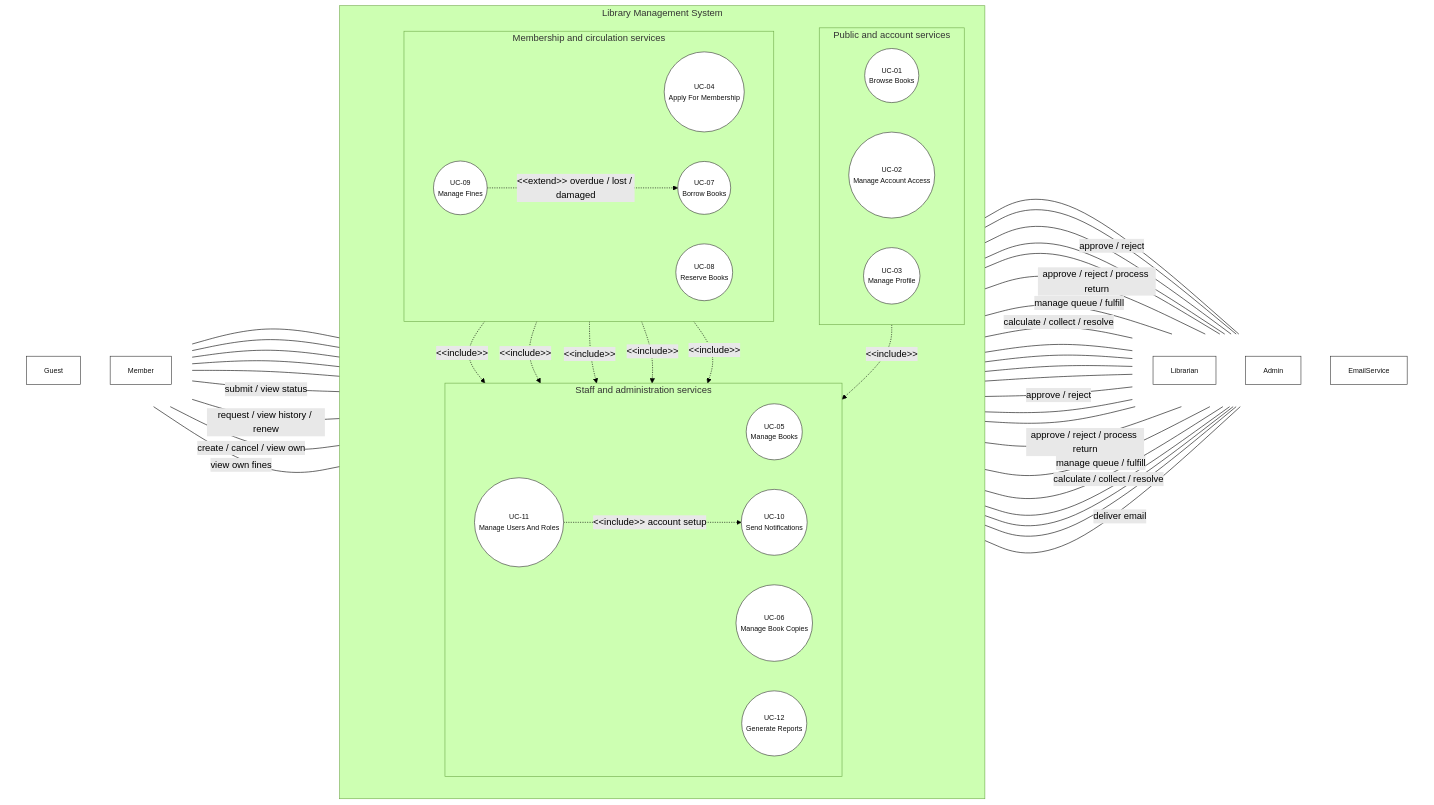
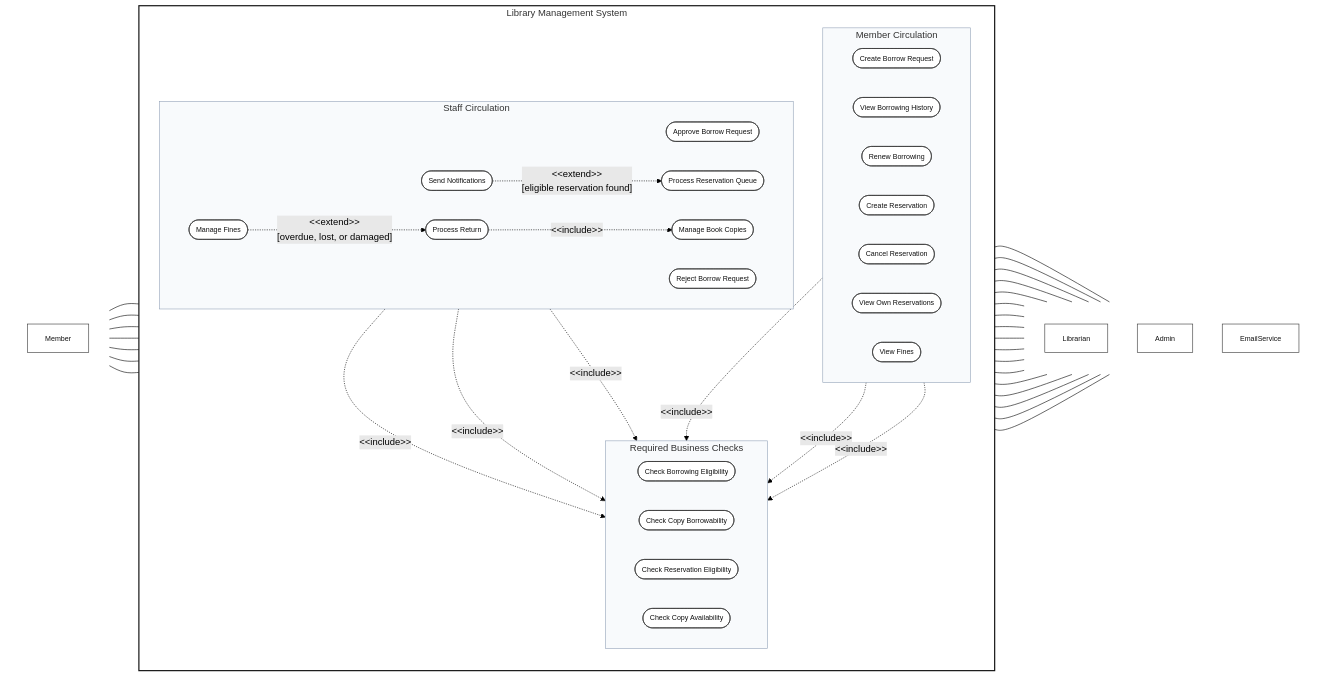
The third of 7 diagrams in document/RDS.md (SWP391-LibraryManagement/LibraryManagement), drawn with Mermaid (forest theme) before and after one commit. The commit also changed other lines of this file, not shown here.

Commit message:
re draw uc diagram

````diff
--- a/document/RDS.md
+++ b/document/RDS.md
@@ -123,34 +320,37 @@
 flowchart LR
   subgraph LeftActors[" "]
     direction TB
-    Guest[Guest]
     Member[Member]
   end
 
   subgraph LMS[Library Management System]
     direction TB
-    subgraph PublicAccount["Public and account services"]
+    subgraph MemberCirculation["Member Circulation"]
       direction LR
-      UC01(("UC-01<br/>Browse Books"))
-      UC02(("UC-02<br/>Manage Account Access"))
-      UC03(("UC-03<br/>Manage Profile"))
+      CreateBorrowRequest(["Create Borrow Request"])
+      ViewBorrowingHistory(["View Borrowing History"])
+      RenewBorrowing(["Renew Borrowing"])
+      CreateReservation(["Create Reservation"])
+      CancelReservation(["Cancel Reservation"])
+      ViewOwnReservations(["View Own Reservations"])
+      ViewFines(["View Fines"])
     end
-
-    subgraph MemberServices["Membership and circulation services"]
+    subgraph StaffCirculation["Staff Circulation"]
       direction LR
-      UC04(("UC-04<br/>Apply For Membership"))
-      UC07(("UC-07<br/>Borrow Books"))
-      UC08(("UC-08<br/>Reserve Books"))
-      UC09(("UC-09<br/>Manage Fines"))
+      ApproveBorrowRequest(["Approve Borrow Request"])
+      RejectBorrowRequest(["Reject Borrow Request"])
+      ProcessReturn(["Process Return"])
+      ProcessReservationQueue(["Process Reservation Queue"])
+      ManageFines(["Manage Fines"])
+      ManageBookCopies(["Manage Book Copies"])
+      SendNotifications(["Send Notifications"])
     end
-
-    subgraph StaffServices["Staff and administration services"]
+    subgraph RequiredChecks["Required Business Checks"]
       direction LR
-      UC05(("UC-05<br/>Manage Books"))
-      UC06(("UC-06<br/>Manage Book Copies"))
-      UC10(("UC-10<br/>Send Notifications"))
-      UC11(("UC-11<br/>Manage Users And Roles"))
-      UC12(("UC-12<br/>Generate Reports"))
+      CheckBorrowingEligibility(["Check Borrowing Eligibility"])
+      CheckCopyBorrowability(["Check Copy Borrowability"])
+      CheckReservationEligibility(["Check Reservation Eligibility"])
+      CheckCopyAvailability(["Check Copy Availability"])
     end
   end
 
@@ -161,55 +361,52 @@
     EmailService[EmailService]
   end
 
-  Guest --- UC01
-  Guest --- UC02
+  Member --- CreateBorrowRequest
+  Member --- ViewBorrowingHistory
+  Member --- RenewBorrowing
+  Member --- CreateReservation
+  Member --- CancelReservation
+  Member --- ViewOwnReservations
+  Member --- ViewFines
 
-  Member --- UC01
-  Member --- UC02
-  Member --- UC03
-  Member ---|"submit / view status"| UC04
-  Member ---|"request / view history / renew"| UC07
-  Member ---|"create / cancel / view own"| UC08
-  Member ---|"view own fines"| UC09
+  ApproveBorrowRequest --- Librarian
+  RejectBorrowRequest --- Librarian
+  ProcessReturn --- Librarian
+  RenewBorrowing --- Librarian
+  ViewBorrowingHistory --- Librarian
+  ProcessReservationQueue --- Librarian
+  ManageFines --- Librarian
+  ManageBookCopies --- Librarian
 
-  UC02 --- Librarian
-  UC03 --- Librarian
-  UC04 ---|"approve / reject"| Librarian
-  UC05 --- Librarian
-  UC06 --- Librarian
-  UC07 ---|"approve / reject / process return"| Librarian
-  UC08 ---|"manage queue / fulfill"| Librarian
-  UC09 ---|"calculate / collect / resolve"| Librarian
-  UC10 --- Librarian
-  UC12 --- Librarian
+  ApproveBorrowRequest --- Admin
+  RejectBorrowRequest --- Admin
+  ProcessReturn --- Admin
+  RenewBorrowing --- Admin
+  ViewBorrowingHistory --- Admin
+  ProcessReservationQueue --- Admin
+  ManageFines --- Admin
+  ManageBookCopies --- Admin
 
-  UC02 --- Admin
-  UC03 --- Admin
-  UC04 ---|"approve / reject"| Admin
-  UC05 --- Admin
-  UC06 --- Admin
-  UC07 ---|"approve / reject / process return"| Admin
-  UC08 ---|"manage queue / fulfill"| Admin
-  UC09 ---|"calculate / collect / resolve"| Admin
-  UC10 --- Admin
-  UC11 --- Admin
-  UC12 --- Admin
+  SendNotifications --- EmailService
 
-  UC10 ---|"deliver email"| EmailService
-
-  UC02 -. "&lt;&lt;include&gt;&gt;" .-> UC10
-  UC04 -. "&lt;&lt;include&gt;&gt;" .-> UC10
-  UC07 -. "&lt;&lt;include&gt;&gt;" .-> UC06
-  UC09 -. "&lt;&lt;extend&gt;&gt; overdue / lost / damaged" .-> UC07
-  UC08 -. "&lt;&lt;include&gt;&gt;" .-> UC06
-  UC08 -. "&lt;&lt;include&gt;&gt;" .-> UC10
-  UC09 -. "&lt;&lt;include&gt;&gt;" .-> UC10
-  UC11 -. "&lt;&lt;include&gt;&gt; account setup" .-> UC10
+  CreateBorrowRequest -. "&lt;&lt;include&gt;&gt;" .-> CheckBorrowingEligibility
+  CreateBorrowRequest -. "&lt;&lt;include&gt;&gt;" .-> CheckCopyBorrowability
+  ApproveBorrowRequest -. "&lt;&lt;include&gt;&gt;" .-> CheckBorrowingEligibility
+  ApproveBorrowRequest -. "&lt;&lt;include&gt;&gt;" .-> CheckCopyBorrowability
+  CreateReservation -. "&lt;&lt;include&gt;&gt;" .-> CheckReservationEligibility
+  ProcessReservationQueue -. "&lt;&lt;include&gt;&gt;" .-> CheckCopyAvailability
+  SendNotifications -. "&lt;&lt;extend&gt;&gt;<br/>[eligible reservation found]" .-> ProcessReservationQueue
+  ProcessReturn -. "&lt;&lt;include&gt;&gt;" .-> ManageBookCopies
+  ManageFines -. "&lt;&lt;extend&gt;&gt;<br/>[overdue, lost, or damaged]" .-> ProcessReturn
 
   classDef usecase fill:#ffffff,stroke:#333333,stroke-width:1px,font-size:12px,color:#111111;
   classDef actor fill:#ffffff,stroke:#333333,stroke-width:1px,font-size:12px,color:#111111;
-  class UC01,UC02,UC03,UC04,UC05,UC06,UC07,UC08,UC09,UC10,UC11,UC12 usecase;
-  class Guest,Member,Librarian,Admin,EmailService actor;
+  class CreateBorrowRequest,ViewBorrowingHistory,RenewBorrowing,CreateReservation,CancelReservation,ViewOwnReservations,ViewFines,ApproveBorrowRequest,RejectBorrowRequest,ProcessReturn,ProcessReservationQueue,ManageFines,ManageBookCopies,SendNotifications,CheckBorrowingEligibility,CheckCopyBorrowability,CheckReservationEligibility,CheckCopyAvailability usecase;
+  class Member,Librarian,Admin,EmailService actor;
+  style LMS fill:#ffffff,stroke:#111111,stroke-width:2px;
+  style MemberCirculation fill:#f8fafc,stroke:#94a3b8;
+  style StaffCirculation fill:#f8fafc,stroke:#94a3b8;
+  style RequiredChecks fill:#f8fafc,stroke:#94a3b8;
   style LeftActors fill:transparent,stroke:transparent;
   style RightActors fill:transparent,stroke:transparent;
 ```
````
